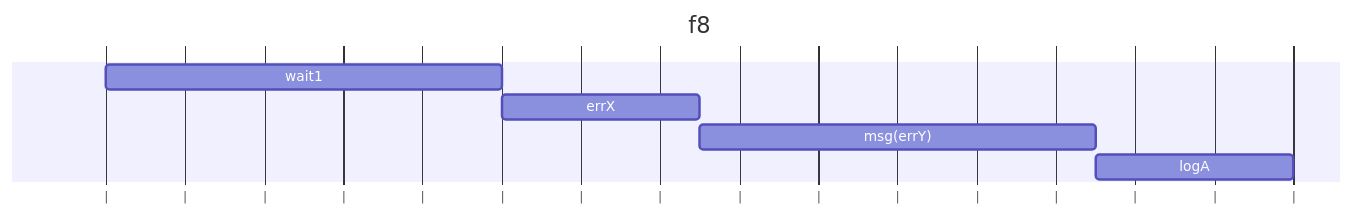
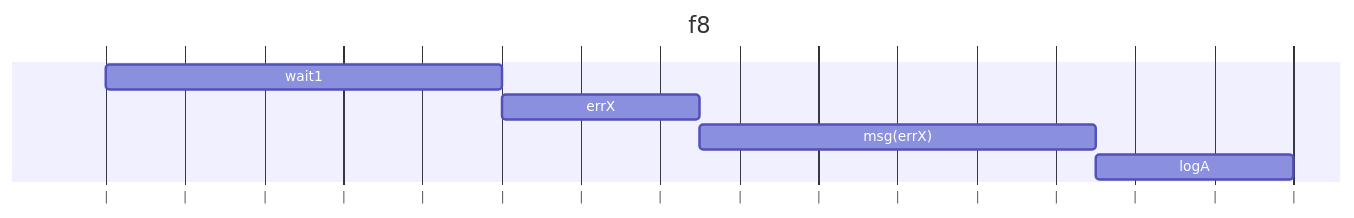
The sixth of 10 diagrams in exercises/ch13/ex02/index.md (ErikaO777/js-exercises), drawn with Mermaid before and after one commit. The commit also changed other lines of this file and 5 other files, not shown here.

````diff
--- a/exercises/ch13/ex02/index.md
+++ b/exercises/ch13/ex02/index.md
@@ -111,10 +111,10 @@
 ```mermaid
 gantt
     title f8
     dateFormat  s
     axisFormat |
         wait1 : w1, 0, 1s
         errX: e1, after w1, 0.5s
-        msg(errY) : m, after e1, 1s
+        msg(errX) : m, after e1, 1s
         logA : l2, after m, 0.5s
 ```
````
